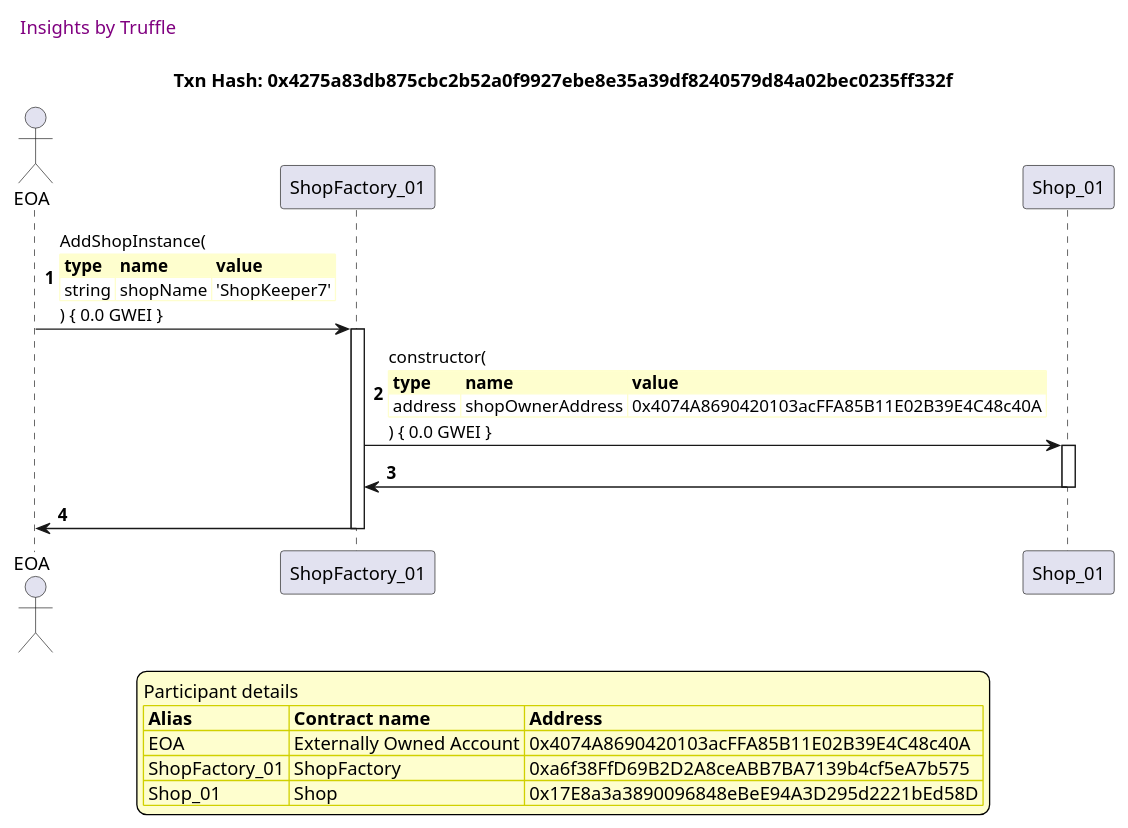
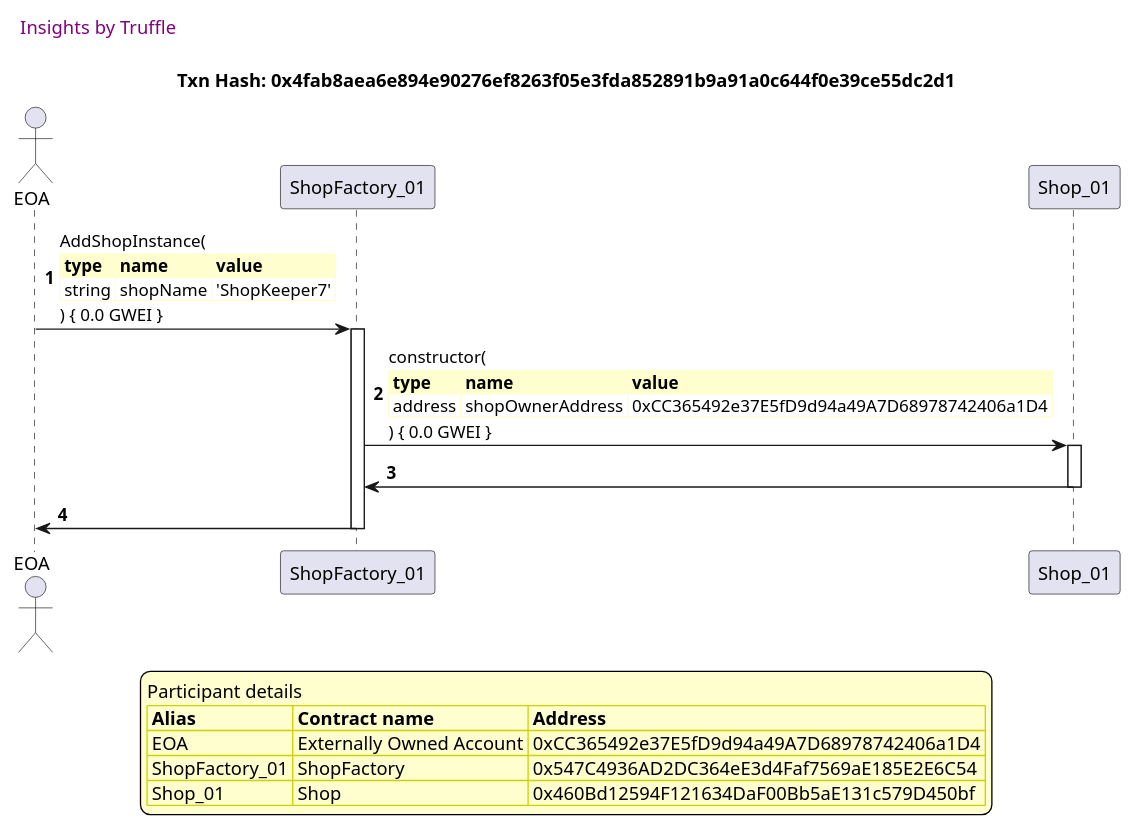
Before and after one commit to thedarkjester/ConsensysAssignment: diagram 14 of 58 in truffle-seq/Shop_test_shopfactory_manage_shop.md, drawn with PlantUML. The commit also changed other lines of this file and 13 other files, not shown here.

````diff
--- a/truffle-seq/Shop_test_shopfactory_manage_shop.md
+++ b/truffle-seq/Shop_test_shopfactory_manage_shop.md
@@ -671,47 +671,47 @@
 ```plantuml
 
 
 @startuml
 
 autonumber
 skinparam legendBackgroundColor #FEFECE
 
 <style>
       header {
         HorizontalAlignment left
         FontColor purple
         FontSize 14
         Padding 10
       }
     </style>
 
 header Insights by Truffle
 
-title Txn Hash: 0x4275a83db875cbc2b52a0f9927ebe8e35a39df8240579d84a02bec0235ff332f
+title Txn Hash: 0x4fab8aea6e894e90276ef8263f05e3fda852891b9a91a0c644f0e39ce55dc2d1
 
 
 actor EOA as "EOA"
 participant ShopFactory_01 as "ShopFactory_01"
 participant Shop_01 as "Shop_01"
 
 "EOA" -> "ShopFactory_01" ++: AddShopInstance(\n\
 <#FEFECE,#FEFECE>|= type |= name |= value |\n\
 | string | shopName | 'ShopKeeper7' |\n\
 ) { 0.0 GWEI }
 "ShopFactory_01" -> "Shop_01" ++: constructor(\n\
 <#FEFECE,#FEFECE>|= type |= name |= value |\n\
-| address | shopOwnerAddress | 0x4074A8690420103acFFA85B11E02B39E4C48c40A |\n\
+| address | shopOwnerAddress | 0xCC365492e37E5fD9d94a49A7D68978742406a1D4 |\n\
 ) { 0.0 GWEI }
 "Shop_01" -> "ShopFactory_01" --: 
 "ShopFactory_01" -> "EOA" --: 
 
 legend
 Participant details
 <#FEFECE,#D0D000>|= Alias |= Contract name |= Address |
-<#FEFECE>| EOA | Externally Owned Account | 0x4074A8690420103acFFA85B11E02B39E4C48c40A |
-<#FEFECE>| ShopFactory_01 | ShopFactory | 0xa6f38FfD69B2D2A8ceABB7BA7139b4cf5eA7b575 |
-<#FEFECE>| Shop_01 | Shop | 0x17E8a3a3890096848eBeE94A3D295d2221bEd58D |
+<#FEFECE>| EOA | Externally Owned Account | 0xCC365492e37E5fD9d94a49A7D68978742406a1D4 |
+<#FEFECE>| ShopFactory_01 | ShopFactory | 0x547C4936AD2DC364eE3d4Faf7569aE185E2E6C54 |
+<#FEFECE>| Shop_01 | Shop | 0x460Bd12594F121634DaF00Bb5aE131c579D450bf |
 endlegend
 
 @enduml
 ```
````
